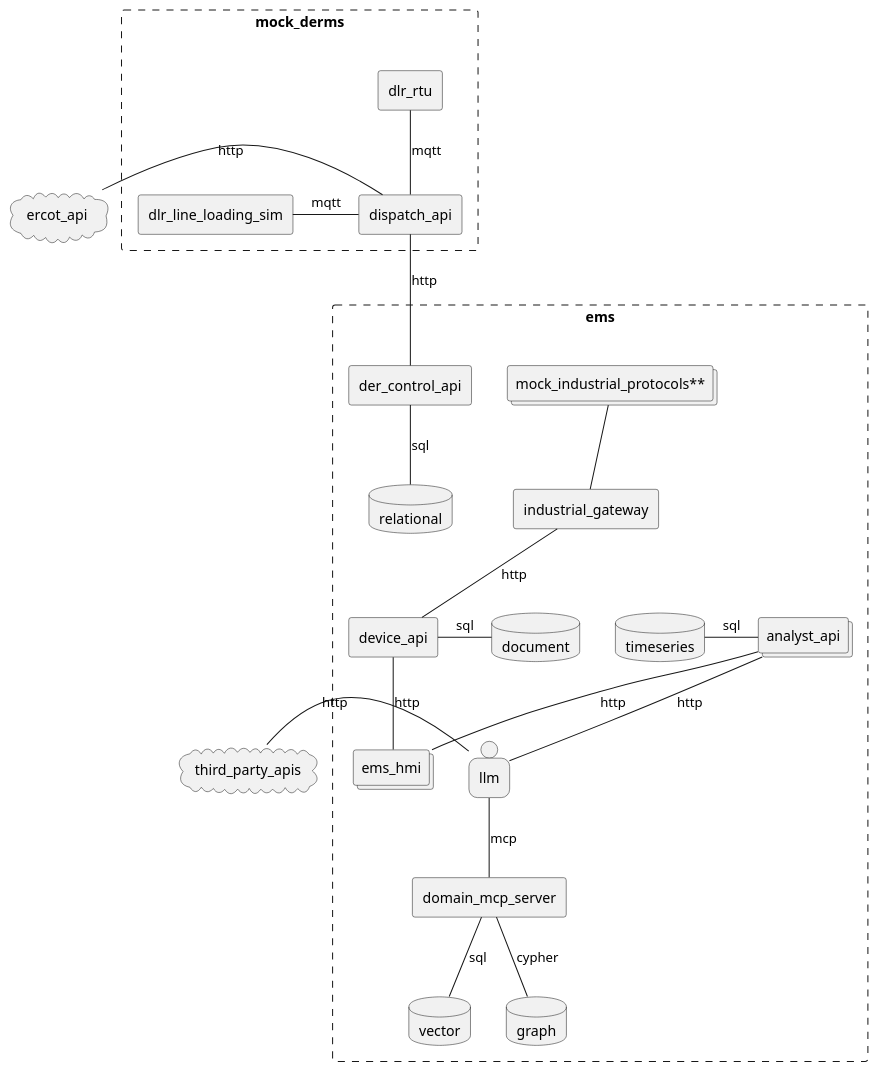
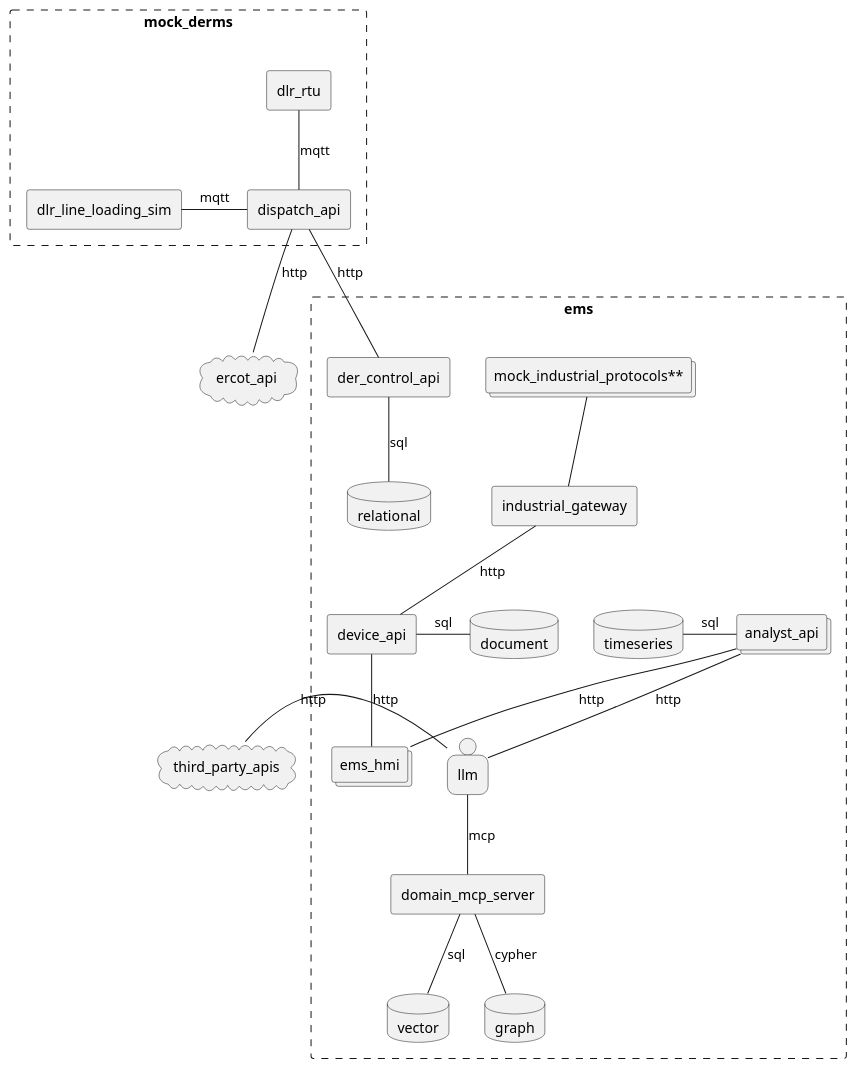
The first of 7 diagrams in readme.md (arcnode-io/ems), drawn with PlantUML before and after one commit.

Commit message:
📄 docs: added ercot api

````diff
--- a/readme.md
+++ b/readme.md
@@ -29,42 +29,42 @@
 ```plantuml
 cloud third_party_apis
 cloud ercot_api 
 
 rectangle ems #line.dashed {
     collections "mock_industrial_protocols**" as mock_industrial_protocols
     rectangle industrial_gateway
     rectangle device_api
     rectangle der_control_api
     database timeseries
     database vector
     database graph
     database relational
     collections analyst_api
     database document
     collections ems_hmi
     person llm
     rectangle domain_mcp_server
 }
 rectangle  mock_derms #line.dashed {
   rectangle dlr_line_loading_sim
   rectangle dlr_rtu
   rectangle dispatch_api
 }
-ercot_api - dispatch_api: http
+ercot_api -u- dispatch_api: http
 dlr_rtu -d- dispatch_api: mqtt
 dlr_line_loading_sim - dispatch_api: mqtt
 dispatch_api -d- der_control_api: http
 industrial_gateway -u- mock_industrial_protocols
 industrial_gateway -- device_api: http
 ems_hmi -u- device_api: http
 device_api -r- document: sql
 der_control_api -d- relational: sql
 
 analyst_api -l- timeseries: sql
 llm -d- domain_mcp_server: mcp
 domain_mcp_server -d- vector: sql
 domain_mcp_server -d- graph: cypher
 ems_hmi -u- analyst_api: http
 analyst_api -d- llm: http
 llm -l- third_party_apis: http
 ```
````
